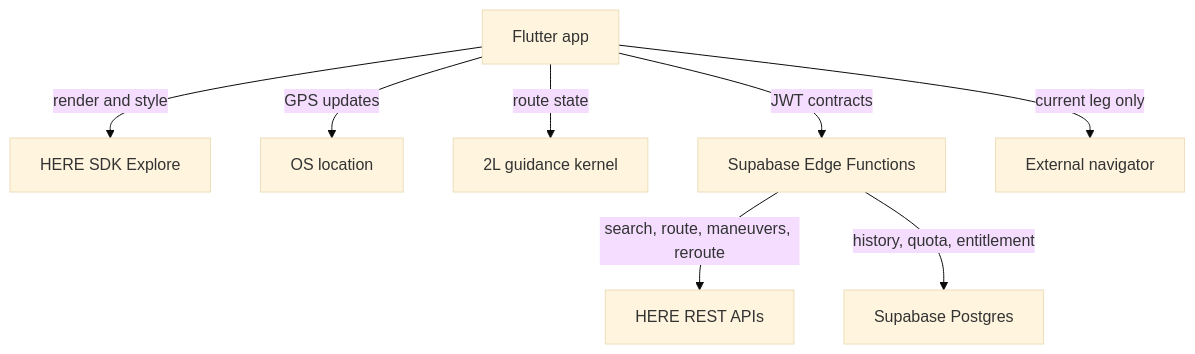
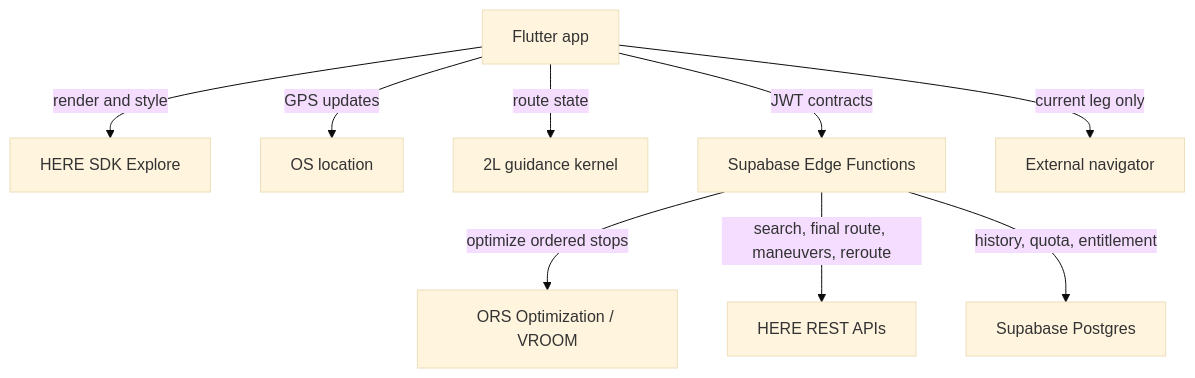
One commit to doppiaelle/2L-maps changed the diagram in docs/41_HERE_MIGRATION_PROGRAM.md. Above: the diagram before and after it, drawn with Mermaid (base theme). The commit also changed other lines of this file, not shown here.

Commit message:
docs(here): adopt ORS VROOM hybrid optimization

````diff
--- a/docs/41_HERE_MIGRATION_PROGRAM.md
+++ b/docs/41_HERE_MIGRATION_PROGRAM.md
@@ -95,10 +97,11 @@
 ```mermaid
 flowchart TD
   A["Flutter app"] -->|render and style| B["HERE SDK Explore"]
   A -->|GPS updates| C["OS location"]
   A -->|route state| D["2L guidance kernel"]
   A -->|JWT contracts| E["Supabase Edge Functions"]
-  E -->|search, route, maneuvers, reroute| F["HERE REST APIs"]
-  E -->|history, quota, entitlement| G["Supabase Postgres"]
+  E -->|optimize ordered stops| F["ORS Optimization / VROOM"]
+  E -->|search, final route, maneuvers, reroute| G["HERE REST APIs"]
+  E -->|history, quota, entitlement| I["Supabase Postgres"]
   A -->|current leg only| H["External navigator"]
 ```
````
